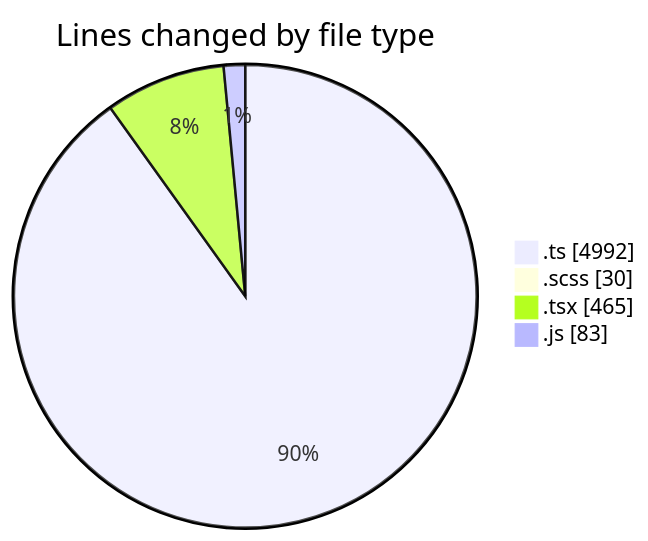
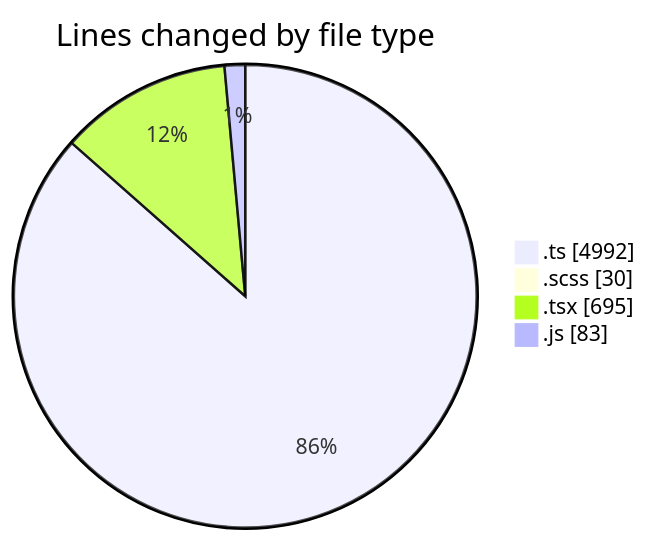
The first of 2 diagrams in 2025-09-12/cda/README.md (momahboobian/code-tracking), drawn with Mermaid before and after one commit. The commit also changed other lines of this file and 1 other file, not shown here.

````diff
--- a/2025-09-12/cda/README.md
+++ b/2025-09-12/cda/README.md
@@ -30,8 +30,8 @@
 ```mermaid
 pie showData
 title Lines changed by file type
 ".ts" : 4992
 ".scss" : 30
-".tsx" : 465
+".tsx" : 695
 ".js" : 83
 ```
````
